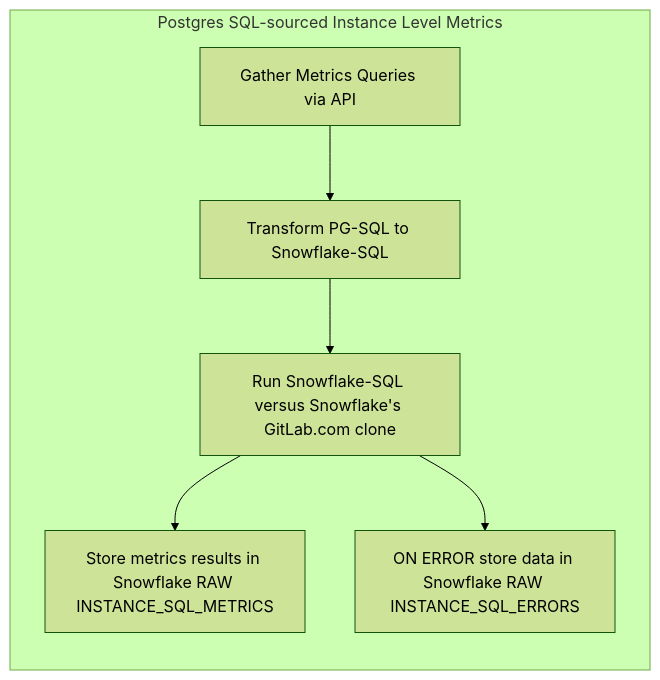
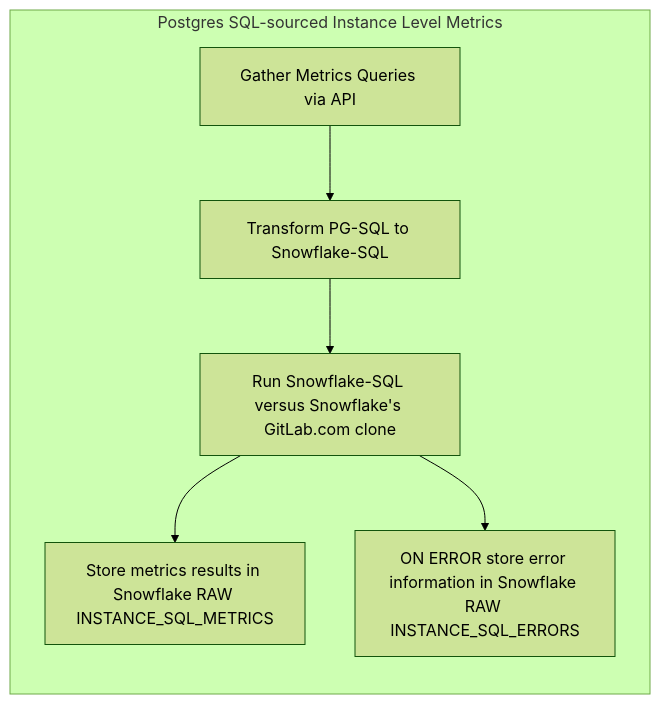
Before and after one commit to secretstartups/handbook: the first of 3 diagrams in business-technology/data-team/data-catalog/saas-service-ping-automation/index.html.md, drawn with Mermaid (forest theme).

Commit message:
Use better term for storing error data.

````diff
--- a/business-technology/data-team/data-catalog/saas-service-ping-automation/index.html.md
+++ b/business-technology/data-team/data-catalog/saas-service-ping-automation/index.html.md
@@ -73,9 +73,9 @@
 ```mermaid
 graph LR
 subgraph Postgres SQL-sourced Instance Level Metrics
 B[Gather Metrics Queries via API] --> C[Transform PG-SQL to Snowflake-SQL]
 C --> D[Run Snowflake-SQL versus Snowflake's GitLab.com clone]
 D --> E[Store metrics results in Snowflake RAW INSTANCE_SQL_METRICS]
-D --> F[ON ERROR store data in Snowflake RAW INSTANCE_SQL_ERRORS]
+D --> F[ON ERROR store error information in Snowflake RAW INSTANCE_SQL_ERRORS]
 end
 ```
````
